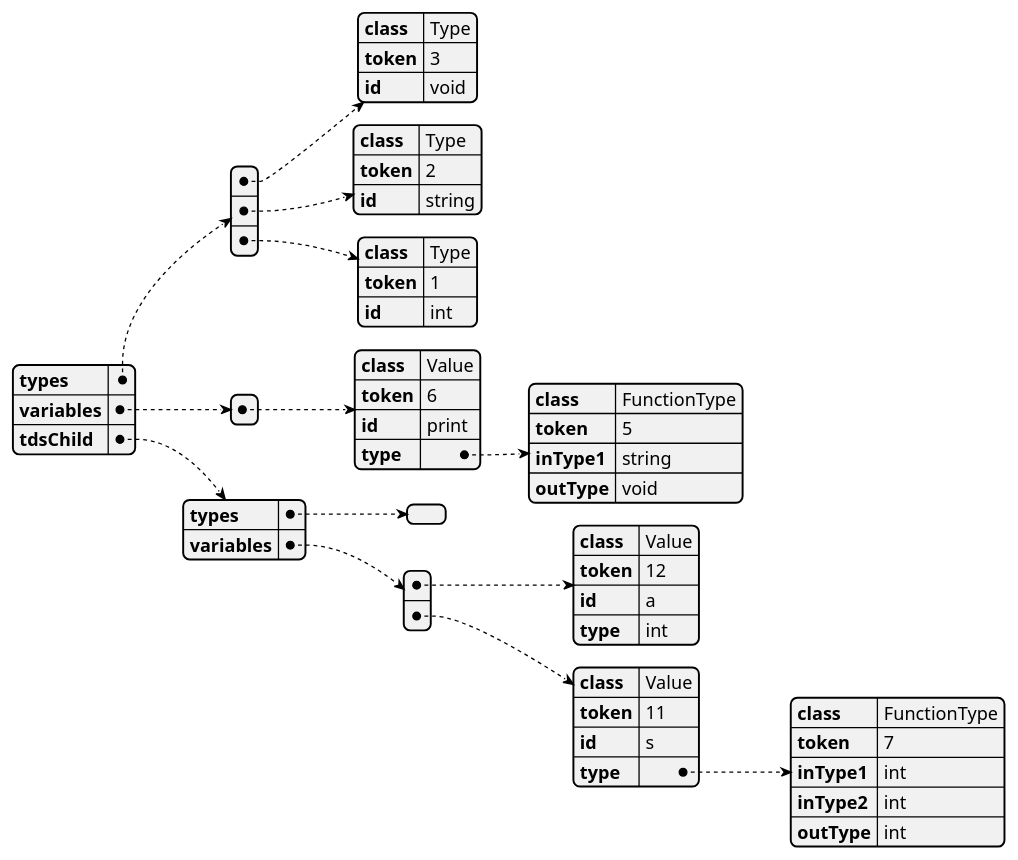
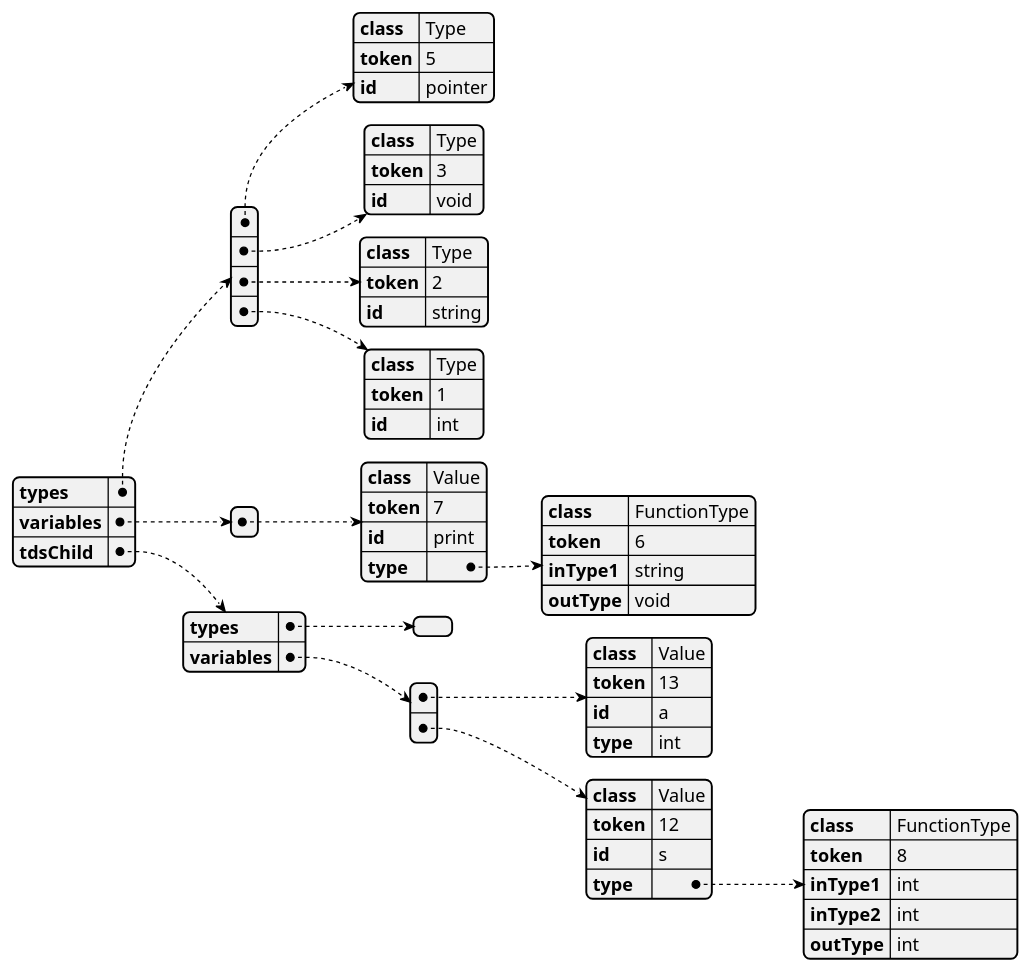
One commit to Tiger-compiler-team-2023/tiger-compiler changed the diagram in AntlrMavenProject/chaoscompiler/tds_ligne3.puml. Above: the diagram before and after it, drawn with PlantUML. The commit also changed 3 other files, not shown here.

```diff
--- a/AntlrMavenProject/chaoscompiler/tds_ligne3.puml
+++ b/AntlrMavenProject/chaoscompiler/tds_ligne3.puml
@@ -1,31 +1,34 @@
 @startjson tds
 { "types" : [ { "class" : "Type",
+"token" : "5",
+"id" : "pointer" },
+{ "class" : "Type",
 "token" : "3",
 "id" : "void" },
 { "class" : "Type",
 "token" : "2",
 "id" : "string" },
 { "class" : "Type",
 "token" : "1",
 "id" : "int" } ],
 "variables" : [ { "class" : "Value",
-"token" : "6",
+"token" : "7",
 "id" : "print",
 "type" : { "class" : "FunctionType",
-"token" : "5",
+"token" : "6",
 "inType1" : "string",
 "outType" : "void" } } ],
 "tdsChild" : { "types" : [  ],
 "variables" : [ { "class" : "Value",
-"token" : "12",
+"token" : "13",
 "id" : "a",
 "type" : "int" },
 { "class" : "Value",
-"token" : "11",
+"token" : "12",
 "id" : "s",
 "type" : { "class" : "FunctionType",
-"token" : "7",
+"token" : "8",
 "inType1" : "int",
 "inType2" : "int",
 "outType" : "int" } } ] } }
 @endjson
```
